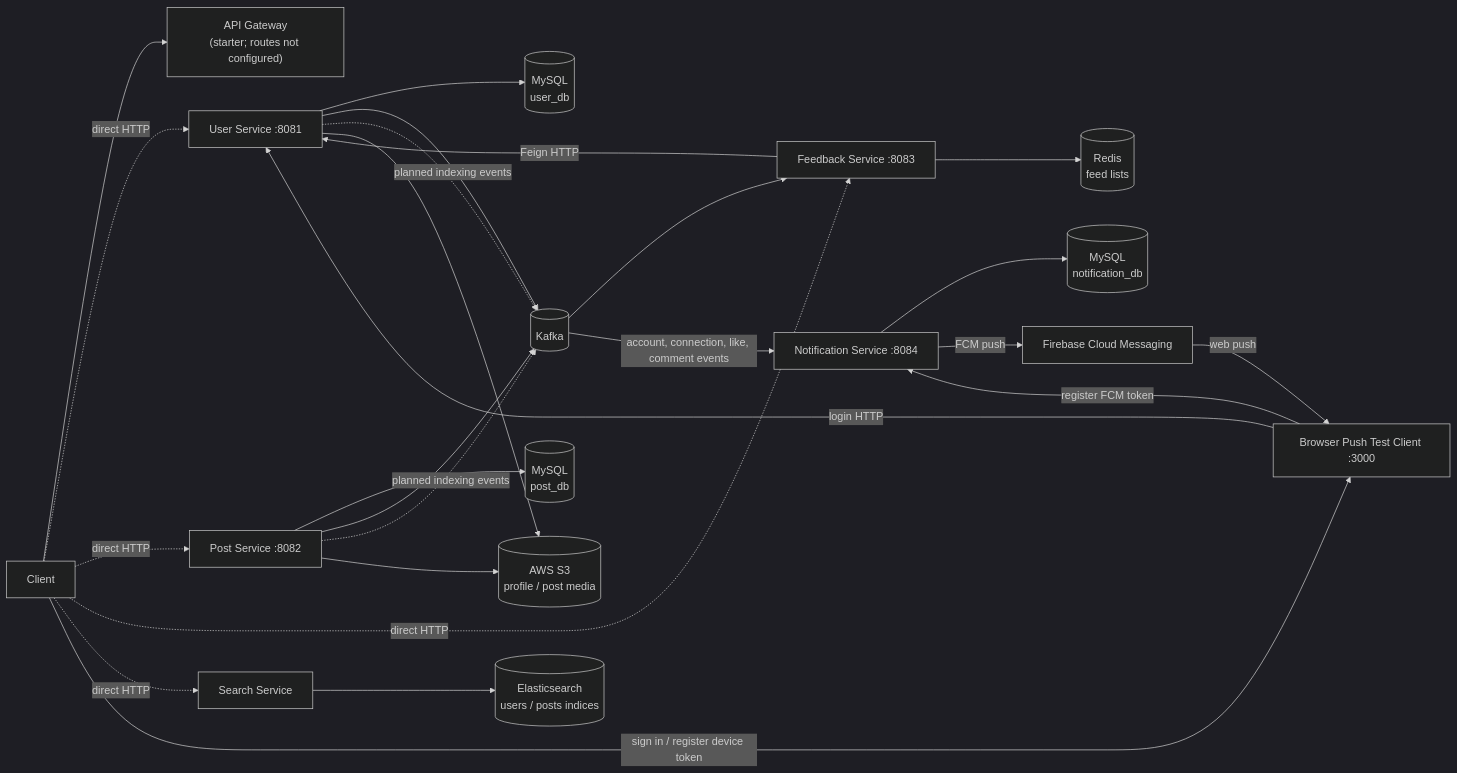
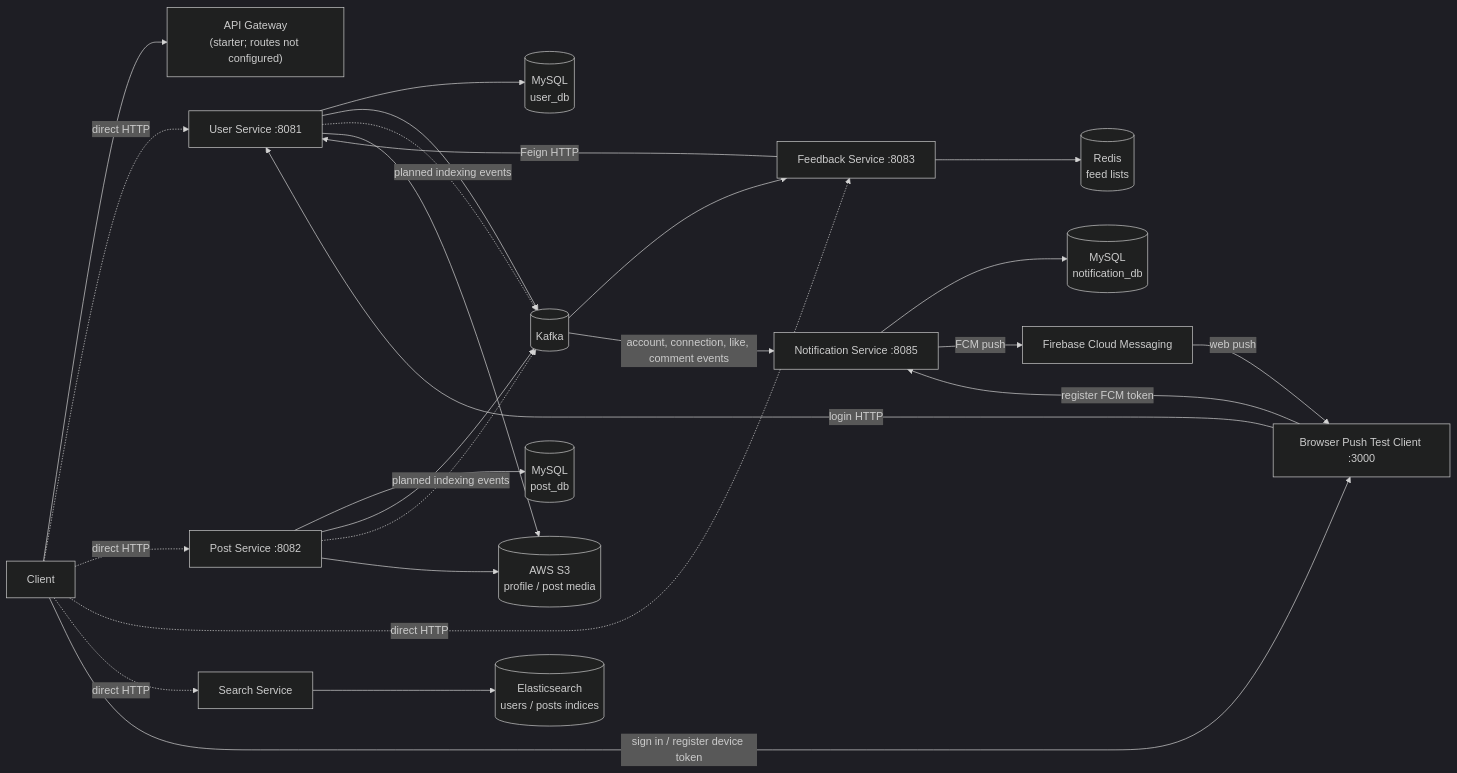
Before and after one commit to nimashaklaa/linkedin-system-demo: the diagram in README.md, drawn with Mermaid (dark theme). The commit also changed other lines of this file and 5 other files, not shown here.

````diff
--- a/README.md
+++ b/README.md
@@ -21,28 +21,28 @@
 ```mermaid
 flowchart LR
     Client --> Gateway["API Gateway<br/>(starter; routes not configured)"]
     Client -. direct HTTP .-> User["User Service :8081"]
     Client -. direct HTTP .-> Post["Post Service :8082"]
     Client -. direct HTTP .-> Feed["Feedback Service :8083"]
     Client -. direct HTTP .-> Search["Search Service"]
     Client -->|sign in / register device token| NotificationWeb["Browser Push Test Client :3000"]
     NotificationWeb -->|login HTTP| User
-    NotificationWeb -->|register FCM token| Notification["Notification Service :8084"]
+    NotificationWeb -->|register FCM token| Notification["Notification Service :8085"]
 
     User --> UserDB[("MySQL<br/>user_db")]
     Post --> PostDB[("MySQL<br/>post_db")]
     Notification --> NotificationDB[("MySQL<br/>notification_db")]
     User --> Kafka[("Kafka")]
     Post --> Kafka
     Kafka --> Feed
     Feed -->|Feign HTTP| User
     Feed --> Redis[("Redis<br/>feed lists")]
     Search --> ES[("Elasticsearch<br/>users / posts indices")]
     User -. planned indexing events .-> Kafka
     Post -. planned indexing events .-> Kafka
     Kafka -->|account, connection, like, comment events| Notification
     Notification -->|FCM push| Firebase["Firebase Cloud Messaging"]
     Firebase -->|web push| NotificationWeb
     User --> S3[("AWS S3<br/>profile / post media")]
     Post --> S3
 ```
````
